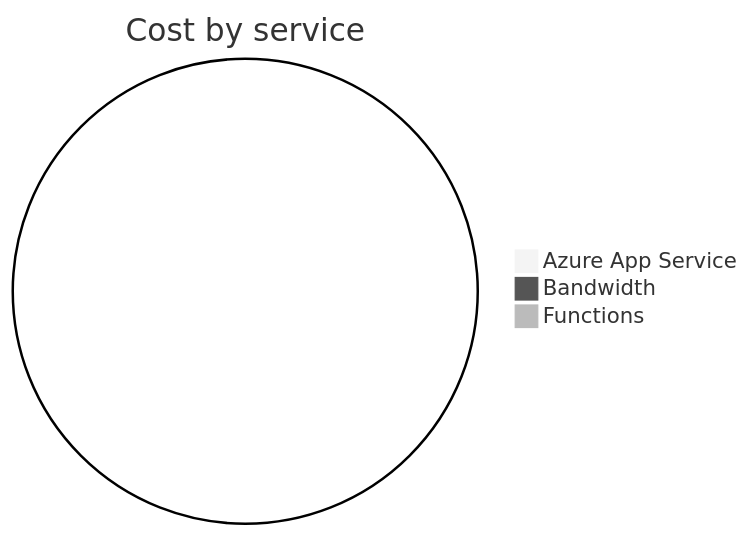
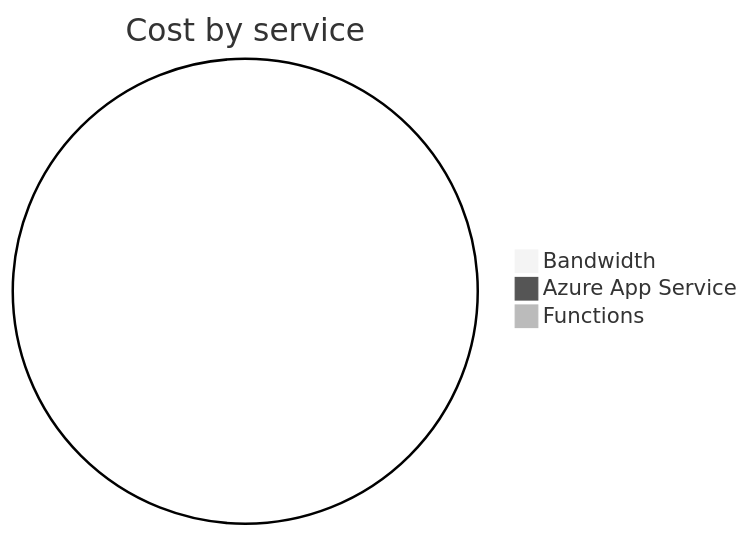
Before and after one commit to jpfulton/azure-personal-reports: the second of 4 diagrams in cost-reports/personal-site/personal-site-api-preview.md, drawn with Mermaid (neutral theme). The commit also changed other lines of this file and 7 other files, not shown here.

````diff
--- a/cost-reports/personal-site/personal-site-api-preview.md
+++ b/cost-reports/personal-site/personal-site-api-preview.md
@@ -97,7 +97,7 @@
 ```mermaid
 pie
    title Cost by service
+   "Bandwidth" : 0.00
    "Azure App Service" : 0.00
-   "Bandwidth" : 0.00
    "Functions" : 0.00
 ```
````
